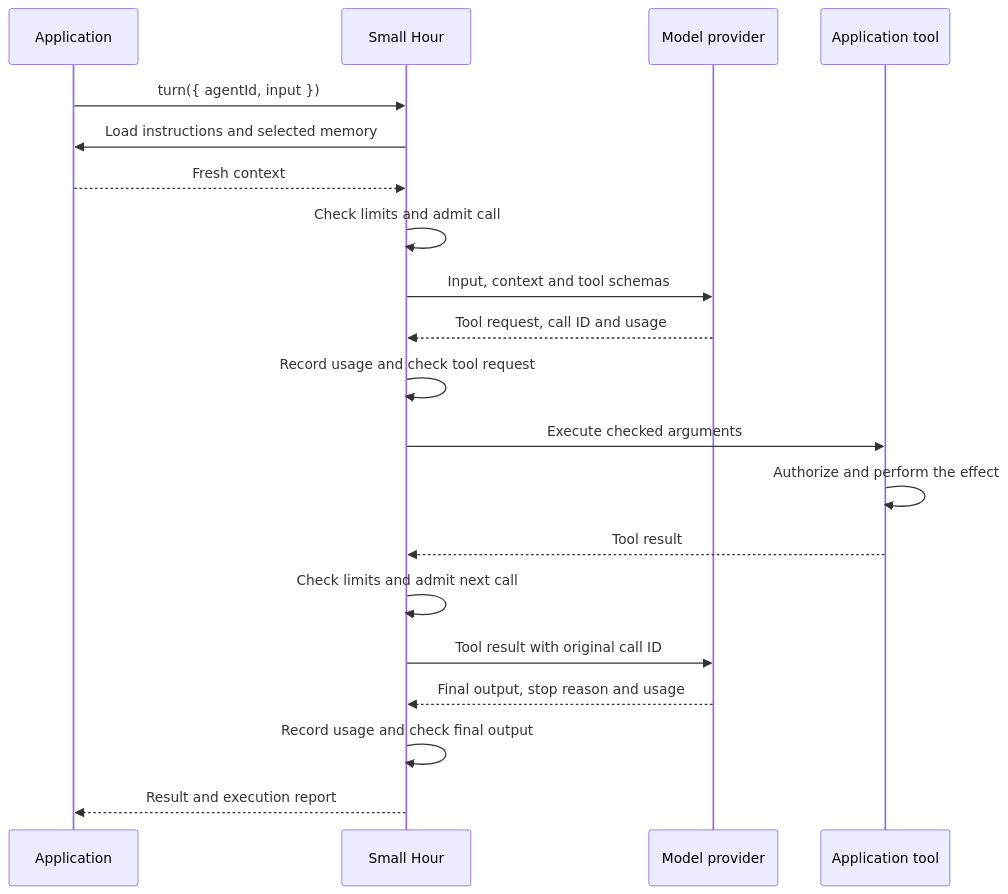
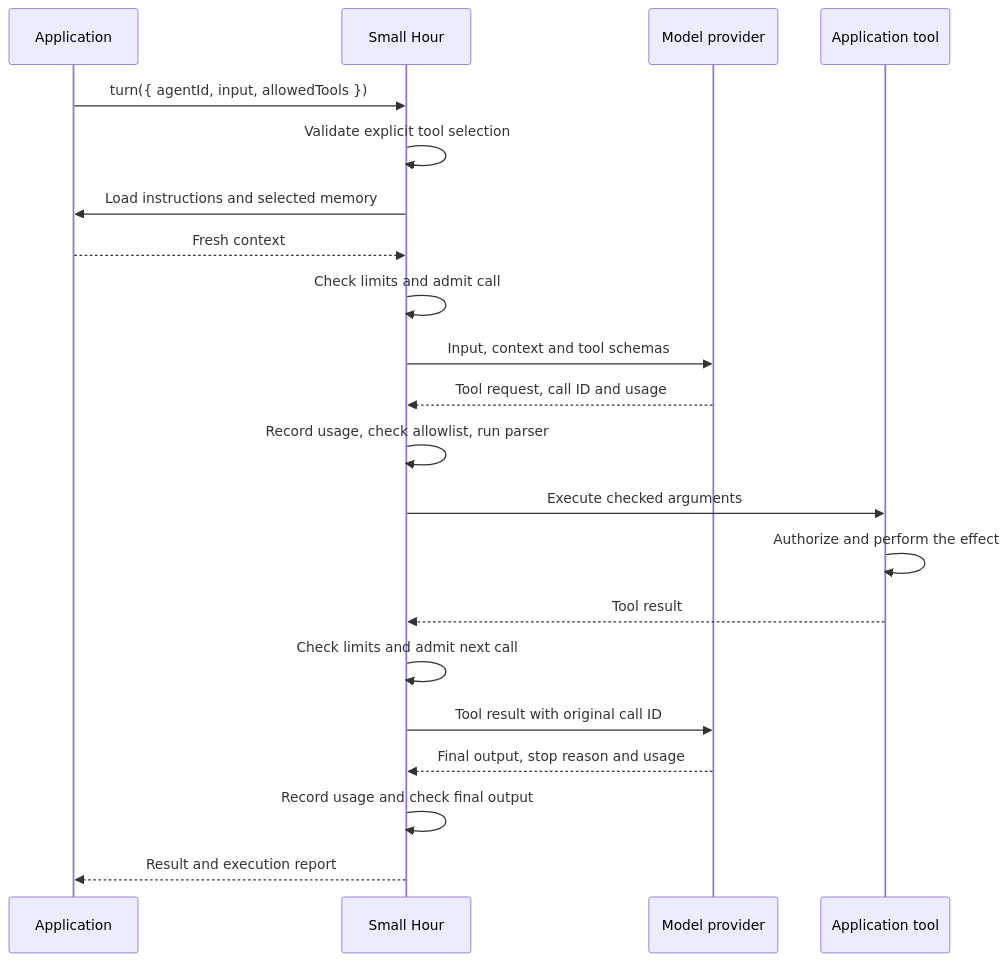
One commit to jingyufanclub/small-hour changed the first of 2 diagrams in docs/runtime.md. Above: the diagram before and after it, drawn with Mermaid. The commit also changed other lines of this file and 26 other files, not shown here.

Commit message:
Require explicit tool access and local validation (#29)

````diff
--- a/docs/runtime.md
+++ b/docs/runtime.md
@@ -17,24 +17,25 @@
 ```mermaid
 sequenceDiagram
     accTitle: One turn with a tool call
-    accDescr: The application supplies input and fresh context. Small Hour admits each model call and records usage before continuing. The application tool authorizes its effect. Small Hour returns the tool result to the model with its original call ID, then checks the final output.
+    accDescr: The application supplies input and an explicit tool selection. Small Hour validates that selection before loading fresh context, admits each model call and runs the required local tool parser before execution. The application tool authorizes its effect. Small Hour returns the result with its original call ID, then checks the final output.
     participant app as Application
     participant runtime as Small Hour
     participant provider as Model provider
     participant tool as Application tool
-    app->>runtime: turn({ agentId, input })
+    app->>runtime: turn({ agentId, input, allowedTools })
+    runtime->>runtime: Validate explicit tool selection
     runtime->>app: Load instructions and selected memory
     app-->>runtime: Fresh context
     runtime->>runtime: Check limits and admit call
     runtime->>provider: Input, context and tool schemas
     provider-->>runtime: Tool request, call ID and usage
-    runtime->>runtime: Record usage and check tool request
+    runtime->>runtime: Record usage, check allowlist, run parser
     runtime->>tool: Execute checked arguments
     tool->>tool: Authorize and perform the effect
     tool-->>runtime: Tool result
     runtime->>runtime: Check limits and admit next call
     runtime->>provider: Tool result with original call ID
     provider-->>runtime: Final output, stop reason and usage
     runtime->>runtime: Record usage and check final output
     runtime-->>app: Result and execution report
 ```
````
